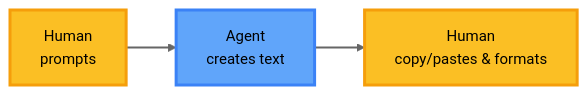
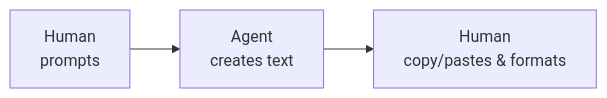
Before and after one commit to Systemorph/MeshWeaver: the first of 4 diagrams in src/MeshWeaver.Documentation/Data/AI/AgenticAI.md, drawn with Mermaid. The commit also changed other lines of this file and 44 other files, not shown here.

````diff
--- a/src/MeshWeaver.Documentation/Data/AI/AgenticAI.md
+++ b/src/MeshWeaver.Documentation/Data/AI/AgenticAI.md
@@ -72,12 +72,5 @@
 ```mermaid
-%%{init: {'theme':'neutral', 'themeVariables': {'fontSize':'15px'}}}%%
 graph LR
     A["Human<br/>prompts"] --> B["Agent<br/>creates text"]
     B --> C["Human<br/>copy/pastes & formats"]
-
-    style A fill:#fbbf24,stroke:#f59e0b,stroke-width:3px
-    style C fill:#fbbf24,stroke:#f59e0b,stroke-width:3px
-    style B fill:#60a5fa,stroke:#3b82f6,stroke-width:3px
-
-    linkStyle 0,1 stroke-width:2px
 ```
````
